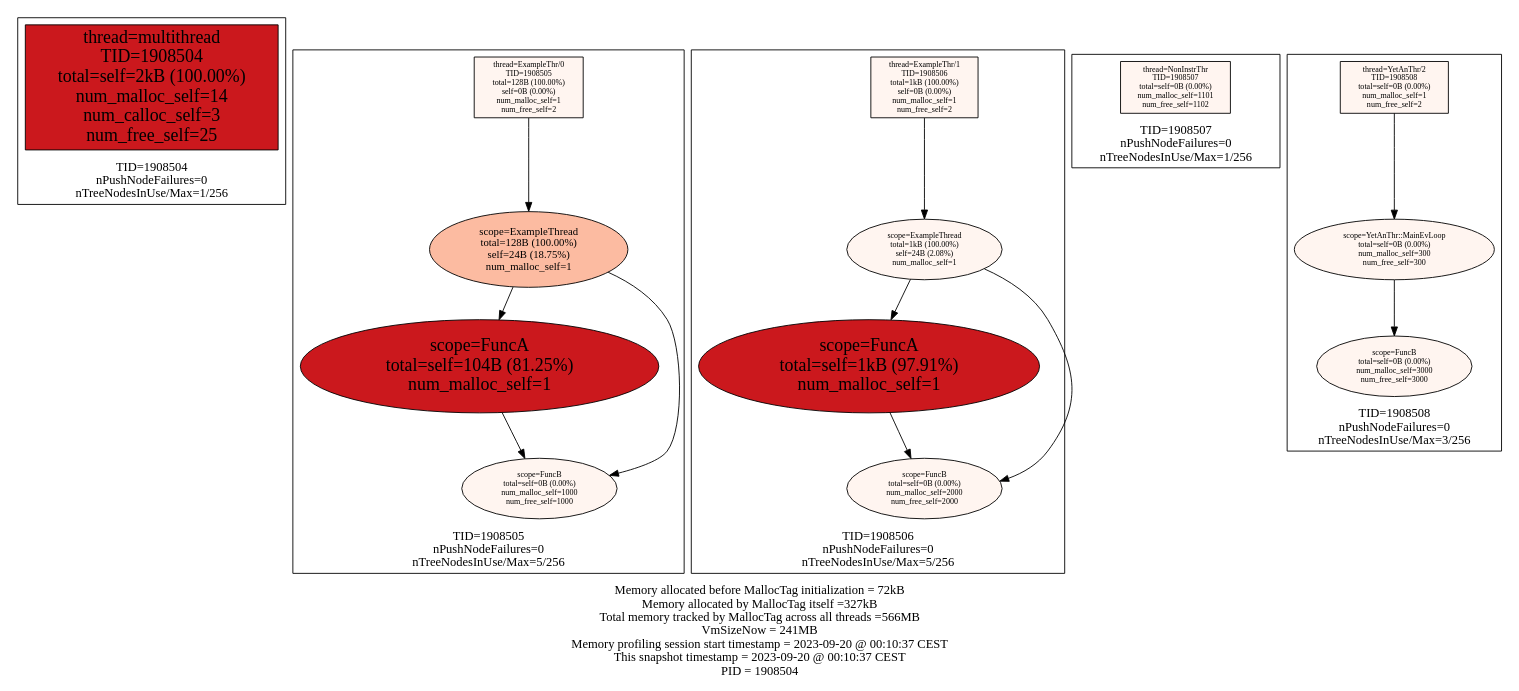
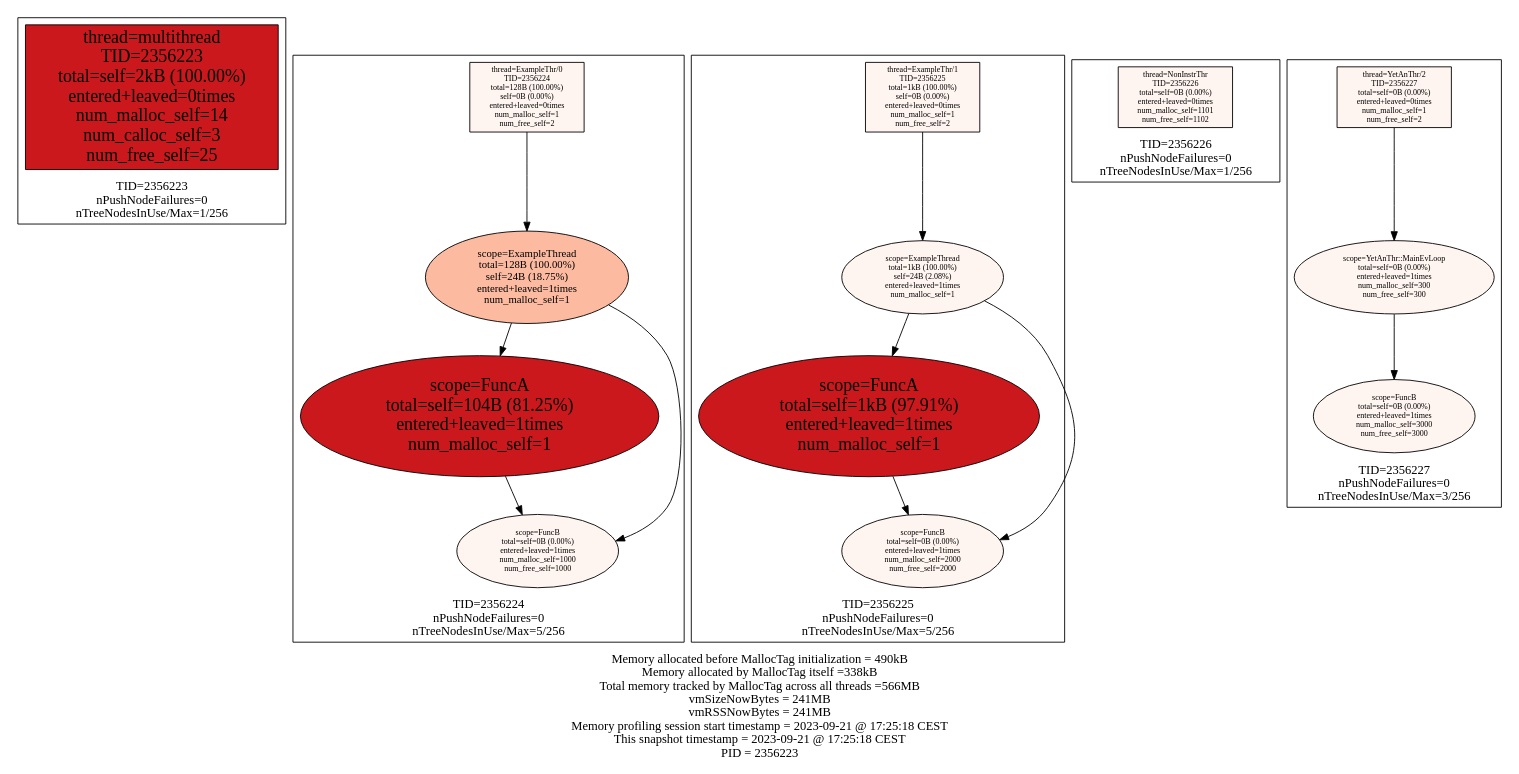
Before and after one commit to f18m/malloc-tag: the diagram in examples/multithread/multithread_stats.dot, drawn with Graphviz. The commit also changed 12 other files, not shown here.

```diff
--- a/examples/multithread/multithread_stats.dot
+++ b/examples/multithread/multithread_stats.dot
@@ -1,60 +1,60 @@
 digraph MallocTree {
  node [colorscheme=reds9 style=filled]
- subgraph cluster_TID1908504 {
+ subgraph cluster_TID2356223 {
   node [colorscheme=reds9 style=filled]
   labelloc="b"
-  label="TID=1908504\nnPushNodeFailures=0\nnTreeNodesInUse/Max=1/256\n"
-  "1908504_multithread" [label="thread=multithread\nTID=1908504\ntotal=self=2kB (100.00%)\nnum_malloc_self=14\nnum_calloc_self=3\nnum_free_self=25" shape=box fillcolor=7 fontsize=20]
+  label="TID=2356223\nnPushNodeFailures=0\nnTreeNodesInUse/Max=1/256\n"
+  "2356223_multithread" [label="thread=multithread\nTID=2356223\ntotal=self=2kB (100.00%)\nentered+leaved=0times\nnum_malloc_self=14\nnum_calloc_self=3\nnum_free_self=25" shape=box fillcolor=7 fontsize=20]
  }
 
- subgraph cluster_TID1908505 {
+ subgraph cluster_TID2356224 {
   node [colorscheme=reds9 style=filled]
   labelloc="b"
-  label="TID=1908505\nnPushNodeFailures=0\nnTreeNodesInUse/Max=5/256\n"
-  "1908505_ExampleThr/0" [label="thread=ExampleThr/0\nTID=1908505\ntotal=128B (100.00%)\nself=0B (0.00%)\nnum_malloc_self=1\nnum_free_self=2" shape=box fillcolor=1 fontsize=9]
-  "1908505_ExampleThr/0" -> "1908505_ExampleThread"
-  "1908505_ExampleThread" [label="scope=ExampleThread\ntotal=128B (100.00%)\nself=24B (18.75%)\nnum_malloc_self=1" fillcolor=3 fontsize=12]
-  "1908505_ExampleThread" -> "1908505_FuncA"
-  "1908505_ExampleThread" -> "1908505_FuncB"
-  "1908505_FuncA" [label="scope=FuncA\ntotal=self=104B (81.25%)\nnum_malloc_self=1" fillcolor=7 fontsize=20]
-  "1908505_FuncA" -> "1908505_FuncB"
-  "1908505_FuncB" [label="scope=FuncB\ntotal=self=0B (0.00%)\nnum_malloc_self=1000\nnum_free_self=1000" fillcolor=1 fontsize=9]
-  "1908505_FuncB" [label="scope=FuncB\ntotal=self=0B (0.00%)\nnum_malloc_self=1000\nnum_free_self=1000" fillcolor=1 fontsize=9]
+  label="TID=2356224\nnPushNodeFailures=0\nnTreeNodesInUse/Max=5/256\n"
+  "2356224_ExampleThr/0" [label="thread=ExampleThr/0\nTID=2356224\ntotal=128B (100.00%)\nself=0B (0.00%)\nentered+leaved=0times\nnum_malloc_self=1\nnum_free_self=2" shape=box fillcolor=1 fontsize=9]
+  "2356224_ExampleThr/0" -> "2356224_ExampleThread"
+  "2356224_ExampleThread" [label="scope=ExampleThread\ntotal=128B (100.00%)\nself=24B (18.75%)\nentered+leaved=1times\nnum_malloc_self=1" fillcolor=3 fontsize=12]
+  "2356224_ExampleThread" -> "2356224_FuncA"
+  "2356224_ExampleThread" -> "2356224_FuncB"
+  "2356224_FuncA" [label="scope=FuncA\ntotal=self=104B (81.25%)\nentered+leaved=1times\nnum_malloc_self=1" fillcolor=7 fontsize=20]
+  "2356224_FuncA" -> "2356224_FuncB"
+  "2356224_FuncB" [label="scope=FuncB\ntotal=self=0B (0.00%)\nentered+leaved=1times\nnum_malloc_self=1000\nnum_free_self=1000" fillcolor=1 fontsize=9]
+  "2356224_FuncB" [label="scope=FuncB\ntotal=self=0B (0.00%)\nentered+leaved=1times\nnum_malloc_self=1000\nnum_free_self=1000" fillcolor=1 fontsize=9]
  }
 
- subgraph cluster_TID1908506 {
+ subgraph cluster_TID2356225 {
   node [colorscheme=reds9 style=filled]
   labelloc="b"
-  label="TID=1908506\nnPushNodeFailures=0\nnTreeNodesInUse/Max=5/256\n"
-  "1908506_ExampleThr/1" [label="thread=ExampleThr/1\nTID=1908506\ntotal=1kB (100.00%)\nself=0B (0.00%)\nnum_malloc_self=1\nnum_free_self=2" shape=box fillcolor=1 fontsize=9]
-  "1908506_ExampleThr/1" -> "1908506_ExampleThread"
-  "1908506_ExampleThread" [label="scope=ExampleThread\ntotal=1kB (100.00%)\nself=24B (2.08%)\nnum_malloc_self=1" fillcolor=1 fontsize=9]
-  "1908506_ExampleThread" -> "1908506_FuncA"
-  "1908506_ExampleThread" -> "1908506_FuncB"
-  "1908506_FuncA" [label="scope=FuncA\ntotal=self=1kB (97.91%)\nnum_malloc_self=1" fillcolor=7 fontsize=20]
-  "1908506_FuncA" -> "1908506_FuncB"
-  "1908506_FuncB" [label="scope=FuncB\ntotal=self=0B (0.00%)\nnum_malloc_self=2000\nnum_free_self=2000" fillcolor=1 fontsize=9]
-  "1908506_FuncB" [label="scope=FuncB\ntotal=self=0B (0.00%)\nnum_malloc_self=2000\nnum_free_self=2000" fillcolor=1 fontsize=9]
+  label="TID=2356225\nnPushNodeFailures=0\nnTreeNodesInUse/Max=5/256\n"
+  "2356225_ExampleThr/1" [label="thread=ExampleThr/1\nTID=2356225\ntotal=1kB (100.00%)\nself=0B (0.00%)\nentered+leaved=0times\nnum_malloc_self=1\nnum_free_self=2" shape=box fillcolor=1 fontsize=9]
+  "2356225_ExampleThr/1" -> "2356225_ExampleThread"
+  "2356225_ExampleThread" [label="scope=ExampleThread\ntotal=1kB (100.00%)\nself=24B (2.08%)\nentered+leaved=1times\nnum_malloc_self=1" fillcolor=1 fontsize=9]
+  "2356225_ExampleThread" -> "2356225_FuncA"
+  "2356225_ExampleThread" -> "2356225_FuncB"
+  "2356225_FuncA" [label="scope=FuncA\ntotal=self=1kB (97.91%)\nentered+leaved=1times\nnum_malloc_self=1" fillcolor=7 fontsize=20]
+  "2356225_FuncA" -> "2356225_FuncB"
+  "2356225_FuncB" [label="scope=FuncB\ntotal=self=0B (0.00%)\nentered+leaved=1times\nnum_malloc_self=2000\nnum_free_self=2000" fillcolor=1 fontsize=9]
+  "2356225_FuncB" [label="scope=FuncB\ntotal=self=0B (0.00%)\nentered+leaved=1times\nnum_malloc_self=2000\nnum_free_self=2000" fillcolor=1 fontsize=9]
  }
 
- subgraph cluster_TID1908507 {
+ subgraph cluster_TID2356226 {
   node [colorscheme=reds9 style=filled]
   labelloc="b"
-  label="TID=1908507\nnPushNodeFailures=0\nnTreeNodesInUse/Max=1/256\n"
-  "1908507_NonInstrThr" [label="thread=NonInstrThr\nTID=1908507\ntotal=self=0B (0.00%)\nnum_malloc_self=1101\nnum_free_self=1102" shape=box fillcolor=1 fontsize=9]
+  label="TID=2356226\nnPushNodeFailures=0\nnTreeNodesInUse/Max=1/256\n"
+  "2356226_NonInstrThr" [label="thread=NonInstrThr\nTID=2356226\ntotal=self=0B (0.00%)\nentered+leaved=0times\nnum_malloc_self=1101\nnum_free_self=1102" shape=box fillcolor=1 fontsize=9]
  }
 
- subgraph cluster_TID1908508 {
+ subgraph cluster_TID2356227 {
   node [colorscheme=reds9 style=filled]
   labelloc="b"
-  label="TID=1908508\nnPushNodeFailures=0\nnTreeNodesInUse/Max=3/256\n"
-  "1908508_YetAnThr/2" [label="thread=YetAnThr/2\nTID=1908508\ntotal=self=0B (0.00%)\nnum_malloc_self=1\nnum_free_self=2" shape=box fillcolor=1 fontsize=9]
-  "1908508_YetAnThr/2" -> "1908508_YetAnThr::MainEvLoop"
-  "1908508_YetAnThr::MainEvLoop" [label="scope=YetAnThr::MainEvLoop\ntotal=self=0B (0.00%)\nnum_malloc_self=300\nnum_free_self=300" fillcolor=1 fontsize=9]
-  "1908508_YetAnThr::MainEvLoop" -> "1908508_FuncB"
-  "1908508_FuncB" [label="scope=FuncB\ntotal=self=0B (0.00%)\nnum_malloc_self=3000\nnum_free_self=3000" fillcolor=1 fontsize=9]
+  label="TID=2356227\nnPushNodeFailures=0\nnTreeNodesInUse/Max=3/256\n"
+  "2356227_YetAnThr/2" [label="thread=YetAnThr/2\nTID=2356227\ntotal=self=0B (0.00%)\nentered+leaved=0times\nnum_malloc_self=1\nnum_free_self=2" shape=box fillcolor=1 fontsize=9]
+  "2356227_YetAnThr/2" -> "2356227_YetAnThr::MainEvLoop"
+  "2356227_YetAnThr::MainEvLoop" [label="scope=YetAnThr::MainEvLoop\ntotal=self=0B (0.00%)\nentered+leaved=1times\nnum_malloc_self=300\nnum_free_self=300" fillcolor=1 fontsize=9]
+  "2356227_YetAnThr::MainEvLoop" -> "2356227_FuncB"
+  "2356227_FuncB" [label="scope=FuncB\ntotal=self=0B (0.00%)\nentered+leaved=1times\nnum_malloc_self=3000\nnum_free_self=3000" fillcolor=1 fontsize=9]
  }
 
  labelloc="b"
- label="Memory allocated before MallocTag initialization = 72kB\nMemory allocated by MallocTag itself =327kB\nTotal memory tracked by MallocTag across all threads =566MB\nVmSizeNow = 241MB\nMemory profiling session start timestamp = 2023-09-20 @ 00:10:37 CEST\nThis snapshot timestamp = 2023-09-20 @ 00:10:37 CEST\nPID = 1908504\n"
+ label="Memory allocated before MallocTag initialization = 490kB\nMemory allocated by MallocTag itself =338kB\nTotal memory tracked by MallocTag across all threads =566MB\nvmSizeNowBytes = 241MB\nvmRSSNowBytes = 241MB\nMemory profiling session start timestamp = 2023-09-21 @ 17:25:18 CEST\nThis snapshot timestamp = 2023-09-21 @ 17:25:18 CEST\nPID = 2356223\n"
 }
```
